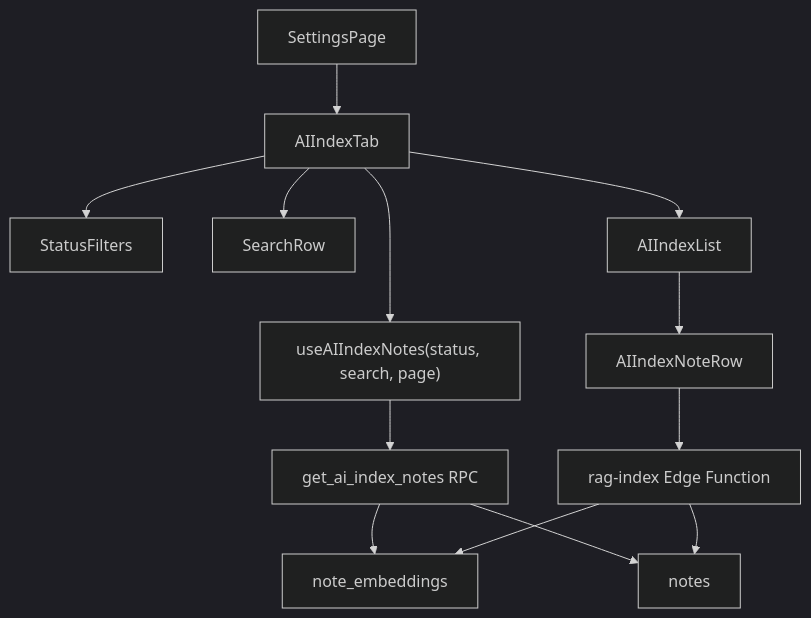
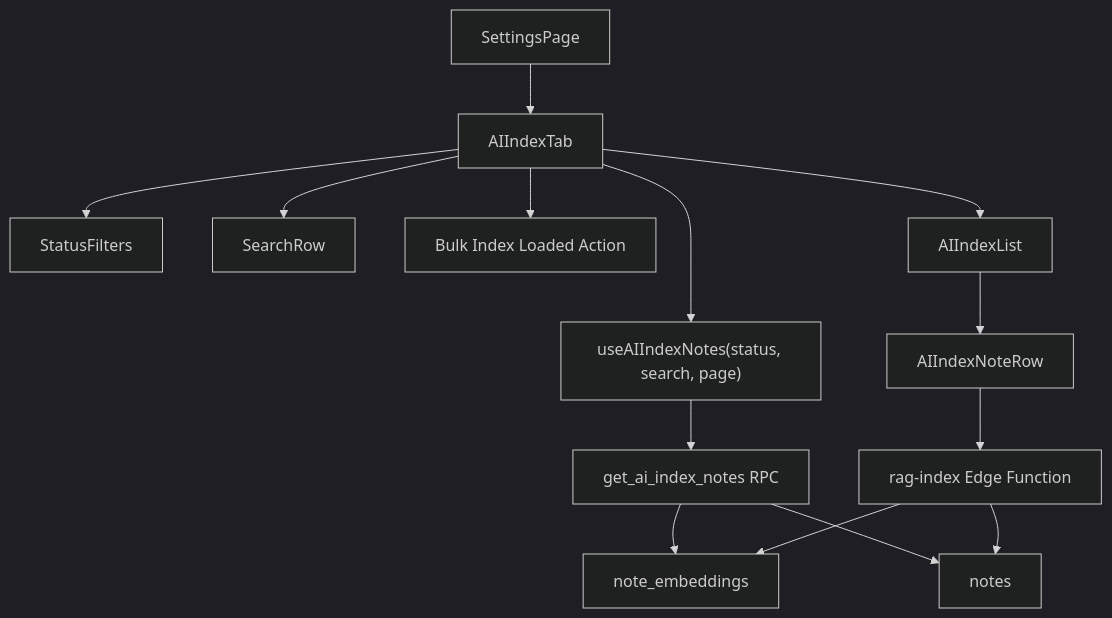
One commit to koreyba/EverFreeNote changed the first of 2 diagrams in docs/ai/design/feature-ai-index-page.md. Above: the diagram before and after it, drawn with Mermaid (dark theme). The commit also changed other lines of this file and 10 other files, not shown here.

````diff
--- a/docs/ai/design/feature-ai-index-page.md
+++ b/docs/ai/design/feature-ai-index-page.md
@@ -11,16 +11,17 @@
 ```mermaid
 graph TD
     SP["SettingsPage"] --> TAB["AIIndexTab"]
     TAB --> FILTERS["StatusFilters"]
     TAB --> SEARCH["SearchRow"]
+    TAB --> BULK["Bulk Index Loaded Action"]
     TAB --> LIST["AIIndexList"]
     LIST --> ROW["AIIndexNoteRow"]
     TAB --> HOOK["useAIIndexNotes(status, search, page)"]
     ROW --> MUTATE["rag-index Edge Function"]
     HOOK --> FETCH["get_ai_index_notes RPC"]
 
     FETCH --> NOTES["notes"]
     FETCH --> EMB["note_embeddings"]
     MUTATE --> EMB
     MUTATE --> NOTES
 ```
````
